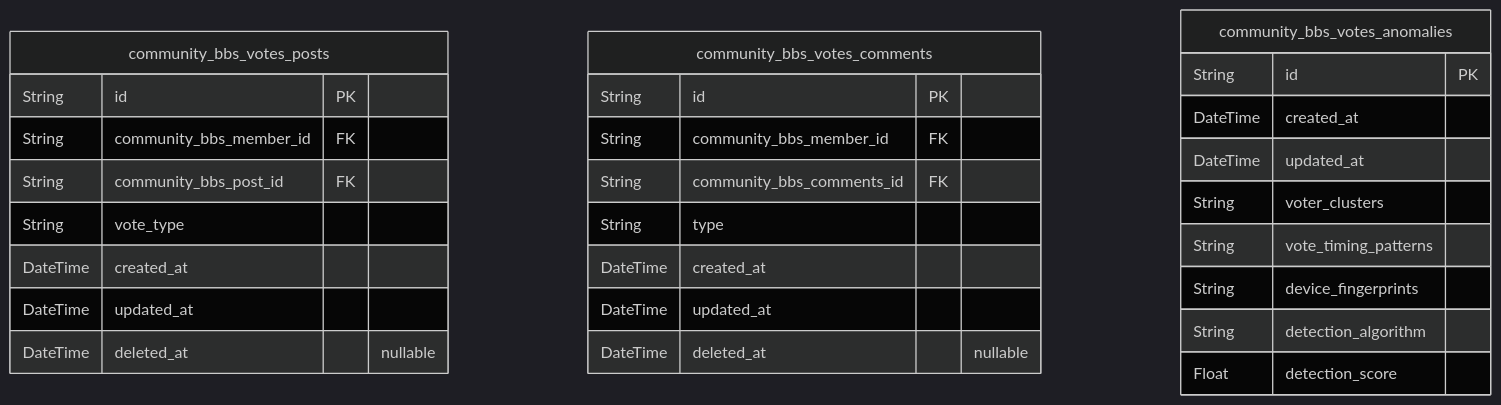
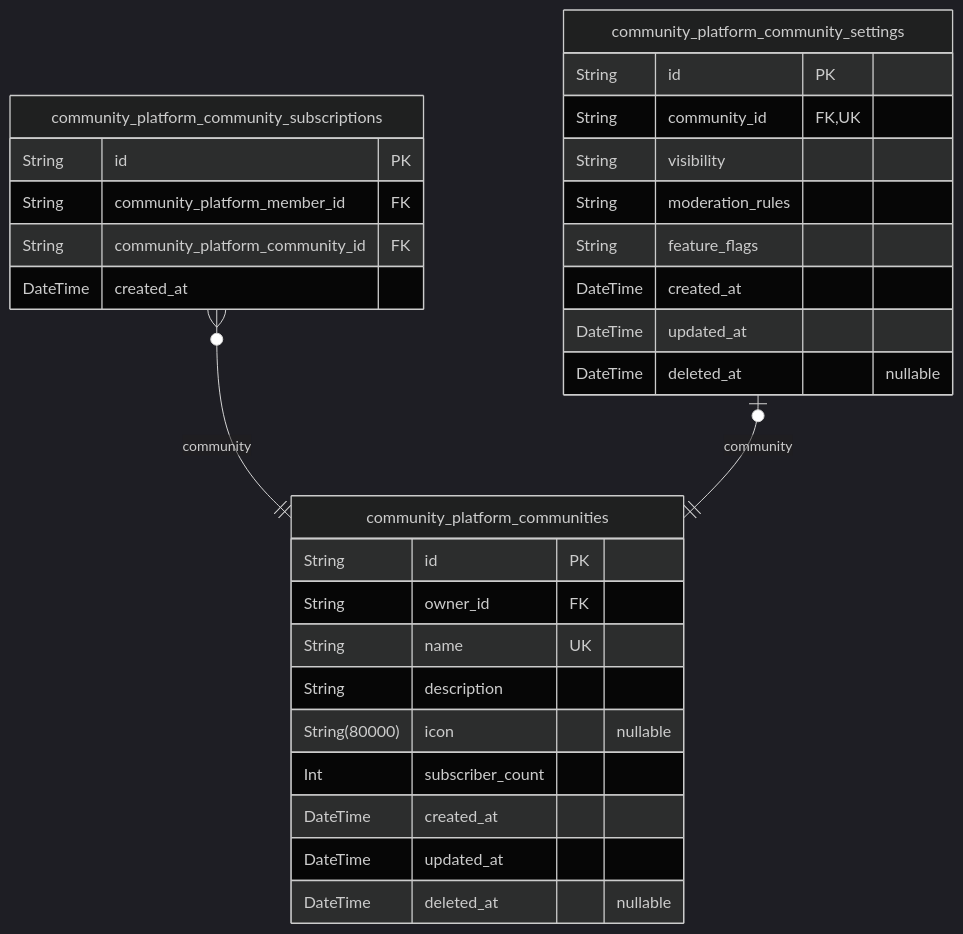
Before and after one commit to wrtnlabs/autobe-examples: the second of 5 diagrams in qwen/qwen3-next-80b-a3b-instruct/reddit/docs/ERD.md, drawn with Mermaid (dark theme). The commit also changed other lines of this file and 9391 other files, not shown here.

````diff
--- a/qwen/qwen3-next-80b-a3b-instruct/reddit/docs/ERD.md
+++ b/qwen/qwen3-next-80b-a3b-instruct/reddit/docs/ERD.md
@@ -972,31 +721,32 @@
 ```mermaid
 erDiagram
-"community_bbs_votes_posts" {
+"community_platform_communities" {
   String id PK
-  String community_bbs_member_id FK
-  String community_bbs_post_id FK
-  String vote_type
+  String owner_id FK
+  String name UK
+  String description
+  String(80000) icon "nullable"
+  Int subscriber_count
   DateTime created_at
   DateTime updated_at
   DateTime deleted_at "nullable"
 }
-"community_bbs_votes_comments" {
+"community_platform_community_subscriptions" {
   String id PK
-  String community_bbs_member_id FK
-  String community_bbs_comments_id FK
-  String type
+  String community_platform_member_id FK
+  String community_platform_community_id FK
+  DateTime created_at
+}
+"community_platform_community_settings" {
+  String id PK
+  String community_id FK,UK
+  String visibility
+  String moderation_rules
+  String feature_flags
   DateTime created_at
   DateTime updated_at
   DateTime deleted_at "nullable"
 }
-"community_bbs_votes_anomalies" {
-  String id PK
-  DateTime created_at
-  DateTime updated_at
-  String voter_clusters
-  String vote_timing_patterns
-  String device_fingerprints
-  String detection_algorithm
-  Float detection_score
-}
+"community_platform_community_subscriptions" }o--|| "community_platform_communities" : community
+"community_platform_community_settings" |o--|| "community_platform_communities" : community
 ```
````
